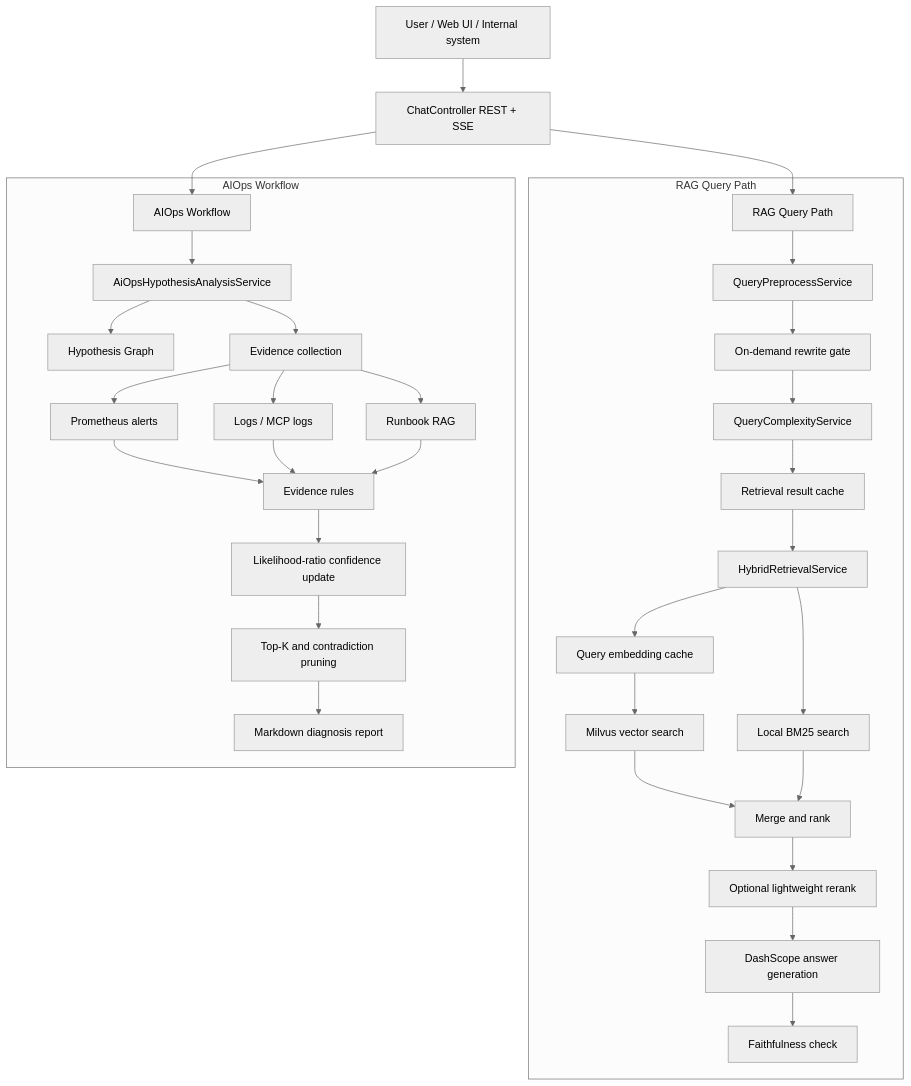
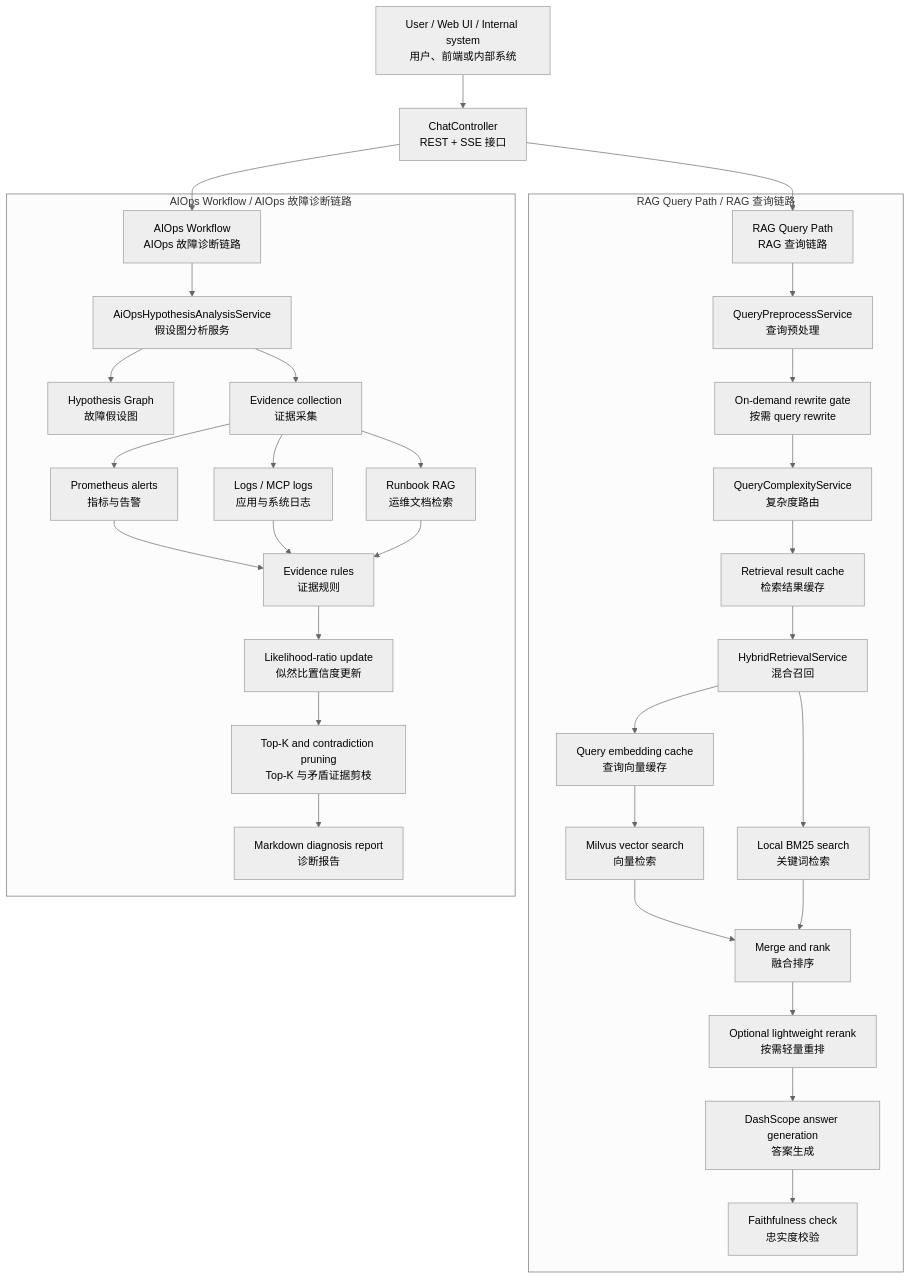
The first of 4 diagrams in README.md (ember056/devassist-agent), drawn with Mermaid (neutral theme) before and after one commit. The commit also changed other lines of this file, not shown here.

````diff
--- a/README.md
+++ b/README.md
@@ -9,38 +18,38 @@
 ```mermaid
 flowchart TD
-    U[User / Web UI / Internal system] --> API[ChatController REST + SSE]
+    U["User / Web UI / Internal system<br/>用户、前端或内部系统"] --> API["ChatController<br/>REST + SSE 接口"]
 
-    API --> RAG[RAG Query Path]
-    API --> AIOPS[AIOps Workflow]
+    API --> RAG["RAG Query Path<br/>RAG 查询链路"]
+    API --> AIOPS["AIOps Workflow<br/>AIOps 故障诊断链路"]
 
-    subgraph RAGPath["RAG Query Path"]
-        RAG --> PRE[QueryPreprocessService]
-        PRE --> SKIP[On-demand rewrite gate]
-        SKIP --> ROUTE[QueryComplexityService]
-        ROUTE --> CACHE[Retrieval result cache]
-        CACHE --> HYBRID[HybridRetrievalService]
-        HYBRID --> EMB[Query embedding cache]
-        EMB --> VEC[Milvus vector search]
-        HYBRID --> BM25[Local BM25 search]
-        VEC --> MERGE[Merge and rank]
+    subgraph RAGPath["RAG Query Path / RAG 查询链路"]
+        RAG --> PRE["QueryPreprocessService<br/>查询预处理"]
+        PRE --> SKIP["On-demand rewrite gate<br/>按需 query rewrite"]
+        SKIP --> ROUTE["QueryComplexityService<br/>复杂度路由"]
+        ROUTE --> CACHE["Retrieval result cache<br/>检索结果缓存"]
+        CACHE --> HYBRID["HybridRetrievalService<br/>混合召回"]
+        HYBRID --> EMB["Query embedding cache<br/>查询向量缓存"]
+        EMB --> VEC["Milvus vector search<br/>向量检索"]
+        HYBRID --> BM25["Local BM25 search<br/>关键词检索"]
+        VEC --> MERGE["Merge and rank<br/>融合排序"]
         BM25 --> MERGE
-        MERGE --> RERANK[Optional lightweight rerank]
-        RERANK --> GEN[DashScope answer generation]
-        GEN --> VERIFY[Faithfulness check]
+        MERGE --> RERANK["Optional lightweight rerank<br/>按需轻量重排"]
+        RERANK --> GEN["DashScope answer generation<br/>答案生成"]
+        GEN --> VERIFY["Faithfulness check<br/>忠实度校验"]
     end
 
-    subgraph AIOpsPath["AIOps Workflow"]
-        AIOPS --> HG[AiOpsHypothesisAnalysisService]
-        HG --> GRAPH[Hypothesis Graph]
-        HG --> COLLECT[Evidence collection]
-        COLLECT --> METRICS[Prometheus alerts]
-        COLLECT --> LOGS[Logs / MCP logs]
-        COLLECT --> DOCS[Runbook RAG]
-        METRICS --> RULES[Evidence rules]
+    subgraph AIOpsPath["AIOps Workflow / AIOps 故障诊断链路"]
+        AIOPS --> HG["AiOpsHypothesisAnalysisService<br/>假设图分析服务"]
+        HG --> GRAPH["Hypothesis Graph<br/>故障假设图"]
+        HG --> COLLECT["Evidence collection<br/>证据采集"]
+        COLLECT --> METRICS["Prometheus alerts<br/>指标与告警"]
+        COLLECT --> LOGS["Logs / MCP logs<br/>应用与系统日志"]
+        COLLECT --> DOCS["Runbook RAG<br/>运维文档检索"]
+        METRICS --> RULES["Evidence rules<br/>证据规则"]
         LOGS --> RULES
         DOCS --> RULES
-        RULES --> UPDATE[Likelihood-ratio confidence update]
-        UPDATE --> PRUNE[Top-K and contradiction pruning]
-        PRUNE --> REPORT[Markdown diagnosis report]
+        RULES --> UPDATE["Likelihood-ratio update<br/>似然比置信度更新"]
+        UPDATE --> PRUNE["Top-K and contradiction pruning<br/>Top-K 与矛盾证据剪枝"]
+        PRUNE --> REPORT["Markdown diagnosis report<br/>诊断报告"]
     end
 ```
````
